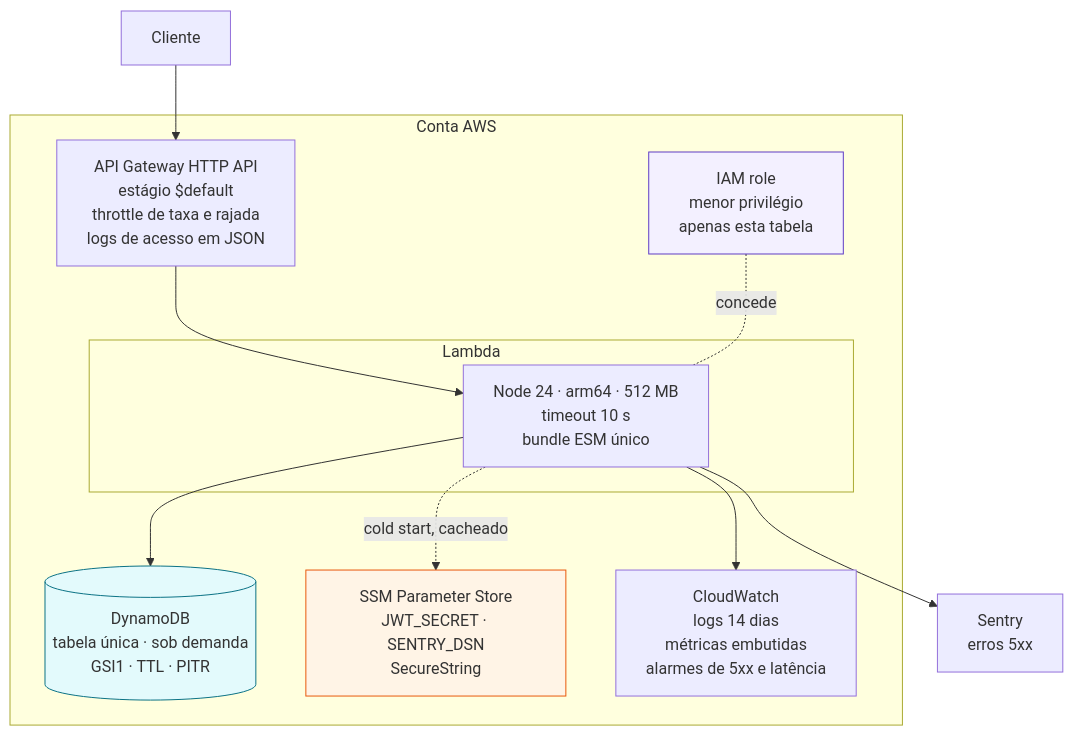
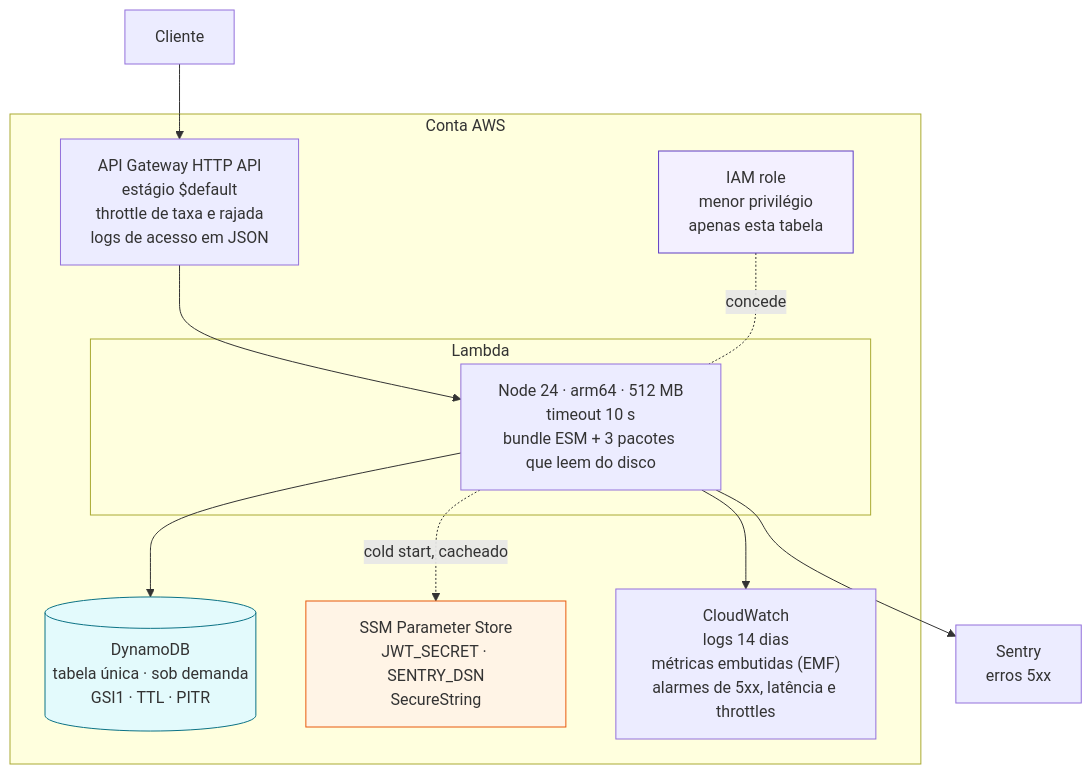
The diagram in docs/diagrams/04-infraestrutura.md (Eduardobl123/ton-swe-challenge-eduardo), drawn with Mermaid before and after one commit. The commit also changed other lines of this file and 3 other files, not shown here.

First line of the commit message:
docs(diagrams): alinha os quatro diagramas ao código das issues 9, 10 e 13

````diff
--- a/docs/diagrams/04-infraestrutura.md
+++ b/docs/diagrams/04-infraestrutura.md
@@ -12,30 +12,30 @@
 ```mermaid
 flowchart TB
     C["Cliente"]
 
     subgraph aws["Conta AWS"]
         AGW["API Gateway HTTP API<br/>estágio $default<br/>throttle de taxa e rajada<br/>logs de acesso em JSON"]
 
         subgraph fn["Lambda"]
-            L["Node 24 · arm64 · 512 MB<br/>timeout 10 s<br/>bundle ESM único"]
+            L["Node 24 · arm64 · 512 MB<br/>timeout 10 s<br/>bundle ESM + 3 pacotes que leem do disco"]
         end
 
         DDB[("DynamoDB<br/>tabela única · sob demanda<br/>GSI1 · TTL · PITR")]
         SSM["SSM Parameter Store<br/>JWT_SECRET · SENTRY_DSN<br/>SecureString"]
-        CW["CloudWatch<br/>logs 14 dias<br/>métricas embutidas<br/>alarmes de 5xx e latência"]
+        CW["CloudWatch<br/>logs 14 dias<br/>métricas embutidas (EMF)<br/>alarmes de 5xx, latência e throttles"]
         IAM["IAM role<br/>menor privilégio<br/>apenas esta tabela"]
     end
 
     S["Sentry<br/>erros 5xx"]
 
     C --> AGW --> L
     L --> DDB
     L -. "cold start, cacheado" .-> SSM
     L --> CW
     L --> S
     IAM -. "concede" .- L
 
     style DDB fill:#e3fafc,stroke:#0b7285
     style SSM fill:#fff4e6,stroke:#e8590c
     style IAM fill:#f3f0ff,stroke:#5f3dc4
 ```
````
